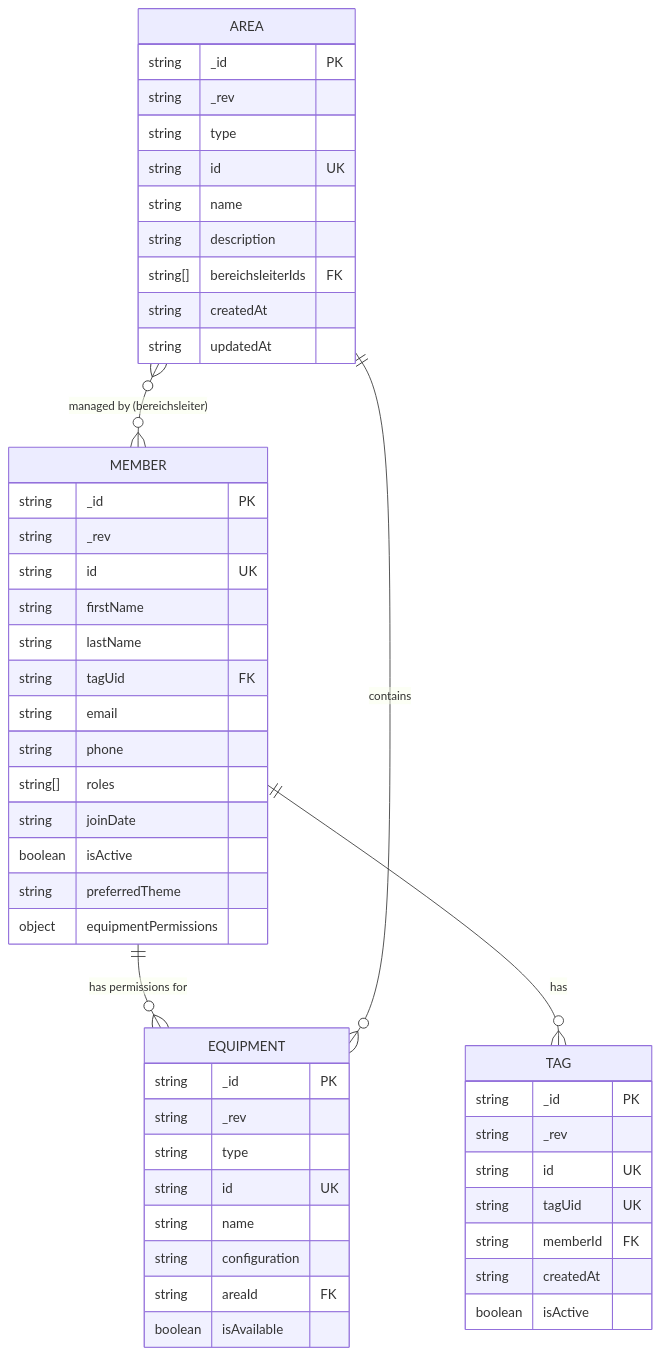
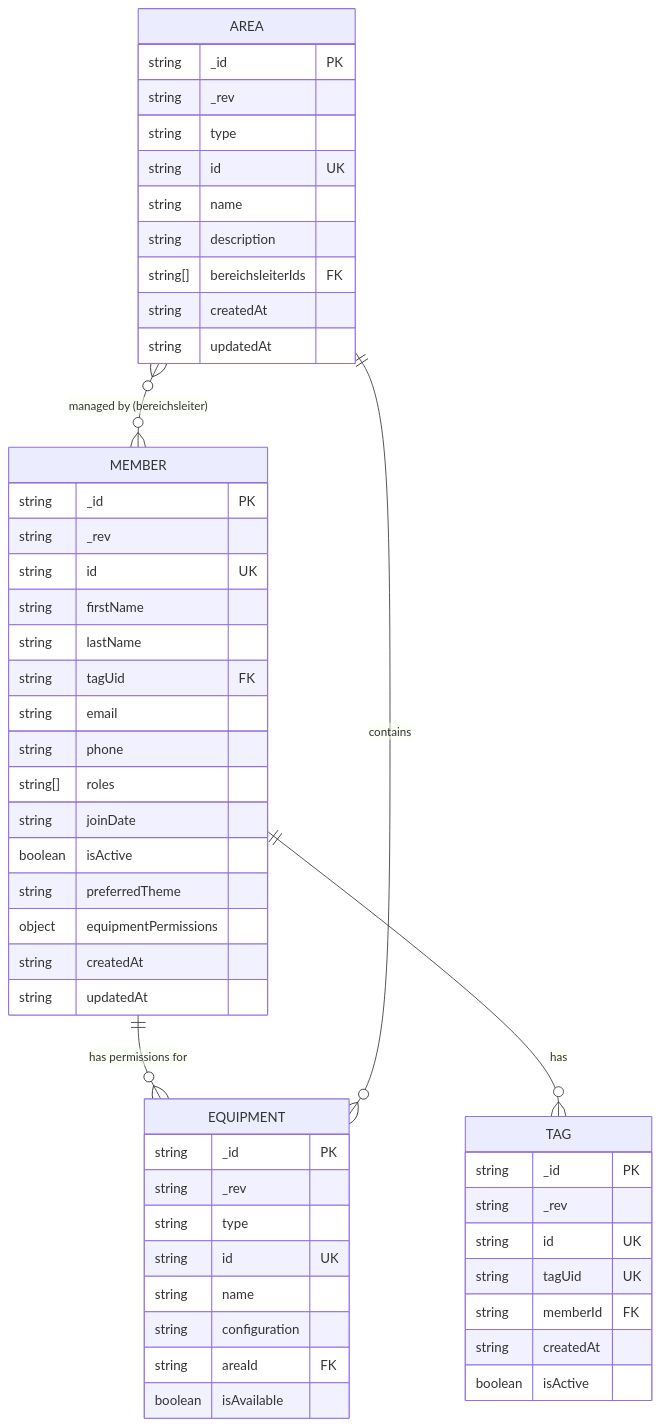
One commit to RoninRage/mks-control changed the diagram in docs/db-diagram.md. Above: the diagram before and after it, drawn with Mermaid. The commit also changed other lines of this file and 6 other files, not shown here.

Commit message:
feat: add createdAt and updatedAt fields to Member model; update related components and database diagram

````diff
--- a/docs/db-diagram.md
+++ b/docs/db-diagram.md
@@ -5,56 +5,58 @@
 ```mermaid
 erDiagram
     MEMBER {
         string _id PK
         string _rev
         string id UK
         string firstName
         string lastName
         string tagUid FK
         string email
         string phone
         string[] roles
         string joinDate
         boolean isActive
         string preferredTheme
         object equipmentPermissions
+        string createdAt
+        string updatedAt
     }
 
     TAG {
         string _id PK
         string _rev
         string id UK
         string tagUid UK
         string memberId FK
         string createdAt
         boolean isActive
     }
 
     EQUIPMENT {
         string _id PK
         string _rev
         string type
         string id UK
         string name
         string configuration
         string areaId FK
         boolean isAvailable
     }
 
     AREA {
         string _id PK
         string _rev
         string type
         string id UK
         string name
         string description
         string[] bereichsleiterIds FK
         string createdAt
         string updatedAt
     }
 
     MEMBER ||--o{ TAG : "has"
     MEMBER ||--o{ EQUIPMENT : "has permissions for"
     AREA ||--o{ EQUIPMENT : "contains"
     AREA }o--o{ MEMBER : "managed by (bereichsleiter)"
 ```
````
